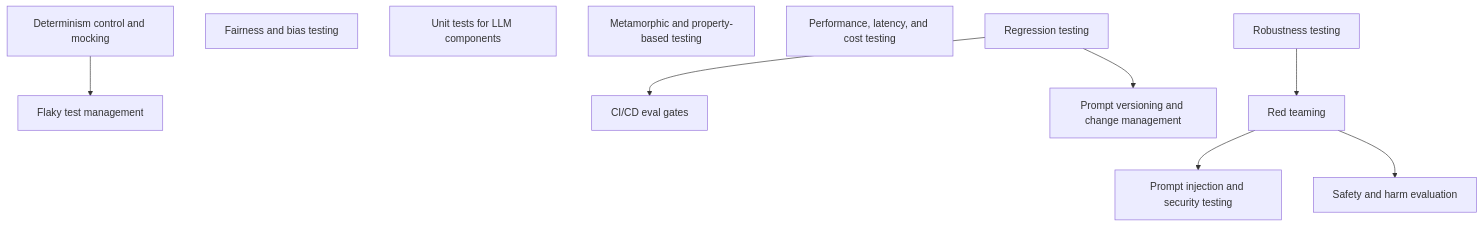
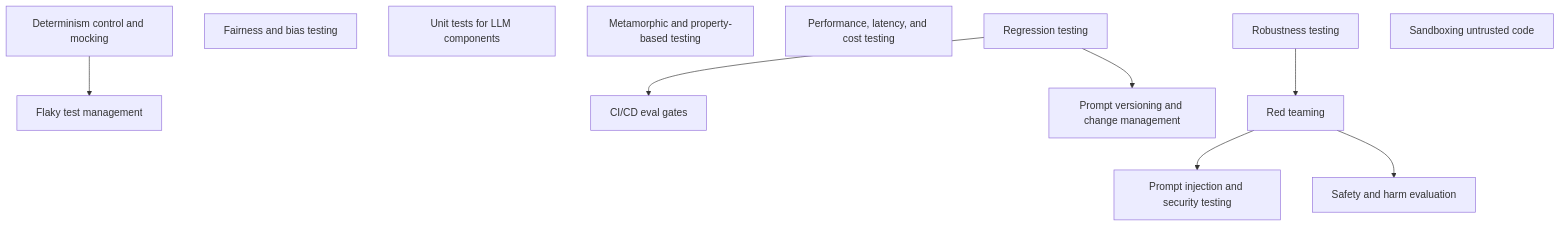
Before and after one commit to ksubramanian9/ai_evaluation: the sixth of 8 diagrams in map/00-overview.md, drawn with Mermaid. The commit also changed other lines of this file and 21 other files, not shown here.

````diff
--- a/map/00-overview.md
+++ b/map/00-overview.md
@@ -200,22 +202,23 @@
 ```mermaid
 flowchart TD
   n_ci_eval_gates["CI/CD eval gates"]
   n_determinism_control_and_mocking["Determinism control and mocking"]
   n_fairness_and_bias_testing["Fairness and bias testing"]
   n_flaky_test_management["Flaky test management"]
   n_llm_unit_tests["Unit tests for LLM components"]
   n_metamorphic_and_property_testing["Metamorphic and property-based testing"]
   n_performance_latency_cost_testing["Performance, latency, and cost testing"]
   n_prompt_injection_security_testing["Prompt injection and security testing"]
   n_prompt_versioning_and_change_management["Prompt versioning and change management"]
   n_red_teaming["Red teaming"]
   n_regression_testing["Regression testing"]
   n_robustness_testing["Robustness testing"]
   n_safety_and_harm_evals["Safety and harm evaluation"]
+  n_sandboxing_untrusted_code["Sandboxing untrusted code"]
   n_regression_testing --> n_ci_eval_gates
   n_determinism_control_and_mocking --> n_flaky_test_management
   n_red_teaming --> n_prompt_injection_security_testing
   n_regression_testing --> n_prompt_versioning_and_change_management
   n_robustness_testing --> n_red_teaming
   n_red_teaming --> n_safety_and_harm_evals
 ```
````
